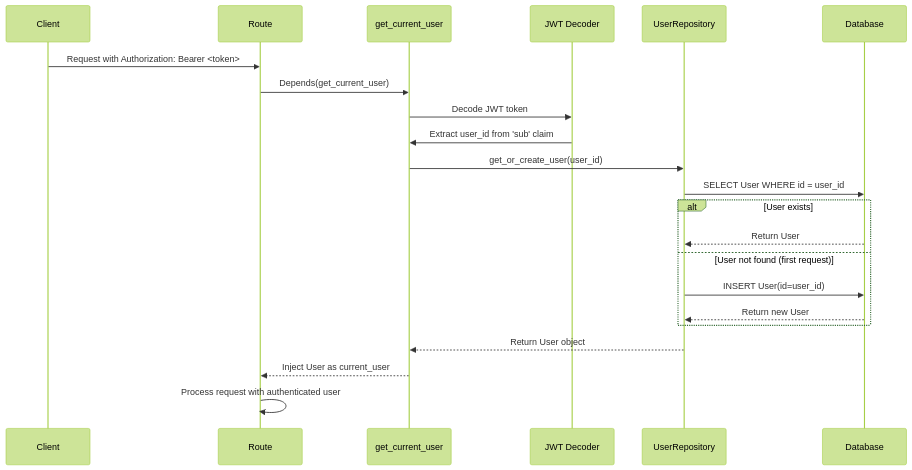
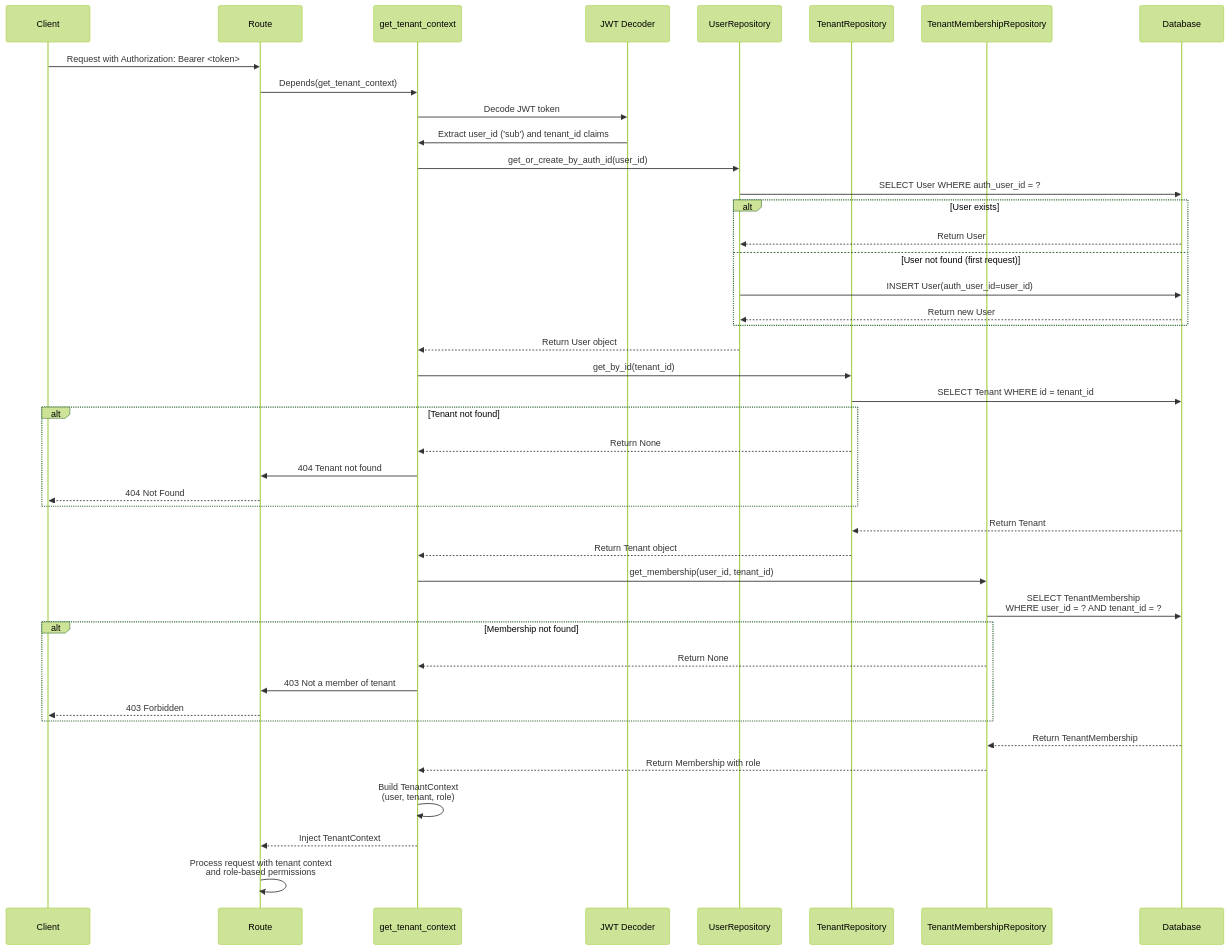
One commit to jtuchinsky/finance_planner changed the first of 12 diagrams in docs/ENDPOINTS.md. Above: the diagram before and after it, drawn with Mermaid (forest theme). The commit also changed other lines of this file, not shown here.

First line of the commit message:
docs: Update ENDPOINTS.md for multi-tenant architecture

````diff
--- a/docs/ENDPOINTS.md
+++ b/docs/ENDPOINTS.md
@@ -52,27 +65,56 @@
 ```mermaid
 sequenceDiagram
     participant Client
     participant Route
-    participant Auth as get_current_user
+    participant Auth as get_tenant_context
     participant JWT as JWT Decoder
     participant UserRepo as UserRepository
+    participant TenantRepo as TenantRepository
+    participant MemberRepo as TenantMembershipRepository
     participant DB as Database
 
     Client->>Route: Request with Authorization: Bearer <token>
-    Route->>Auth: Depends(get_current_user)
+    Route->>Auth: Depends(get_tenant_context)
     Auth->>JWT: Decode JWT token
-    JWT->>Auth: Extract user_id from 'sub' claim
-    Auth->>UserRepo: get_or_create_user(user_id)
-    UserRepo->>DB: SELECT User WHERE id = user_id
+    JWT->>Auth: Extract user_id ('sub') and tenant_id claims
+
+    Auth->>UserRepo: get_or_create_by_auth_id(user_id)
+    UserRepo->>DB: SELECT User WHERE auth_user_id = ?
 
     alt User exists
         DB-->>UserRepo: Return User
     else User not found (first request)
-        UserRepo->>DB: INSERT User(id=user_id)
+        UserRepo->>DB: INSERT User(auth_user_id=user_id)
         DB-->>UserRepo: Return new User
     end
 
     UserRepo-->>Auth: Return User object
-    Auth-->>Route: Inject User as current_user
-    Route->>Route: Process request with authenticated user
+
+    Auth->>TenantRepo: get_by_id(tenant_id)
+    TenantRepo->>DB: SELECT Tenant WHERE id = tenant_id
+
+    alt Tenant not found
+        TenantRepo-->>Auth: Return None
+        Auth->>Route: 404 Tenant not found
+        Route-->>Client: 404 Not Found
+    end
+
+    DB-->>TenantRepo: Return Tenant
+    TenantRepo-->>Auth: Return Tenant object
+
+    Auth->>MemberRepo: get_membership(user_id, tenant_id)
+    MemberRepo->>DB: SELECT TenantMembership<br/>WHERE user_id = ? AND tenant_id = ?
+
+    alt Membership not found
+        MemberRepo-->>Auth: Return None
+        Auth->>Route: 403 Not a member of tenant
+        Route-->>Client: 403 Forbidden
+    end
+
+    DB-->>MemberRepo: Return TenantMembership
+    MemberRepo-->>Auth: Return Membership with role
+
+    Auth->>Auth: Build TenantContext<br/>(user, tenant, role)
+    Auth-->>Route: Inject TenantContext
+    Route->>Route: Process request with tenant context<br/>and role-based permissions
 ```
````
